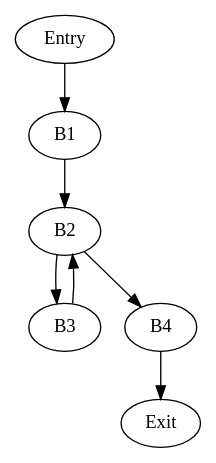
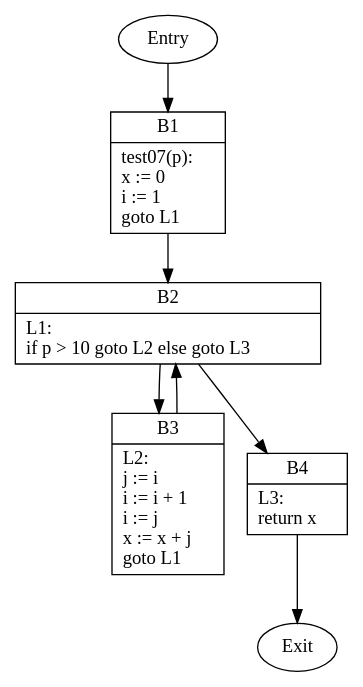
One commit to aprell/compiler-potpourri changed the diagram in control_flow/analysis/examples/test07_cfg.dot. Above: the diagram before and after it, drawn with Graphviz. The commit also changed 21 other files, not shown here.

```diff
--- a/control_flow/analysis/examples/test07_cfg.dot
+++ b/control_flow/analysis/examples/test07_cfg.dot
@@ -1,8 +1,12 @@
 digraph CFG {
+    B1 [shape=record label="{B1|test07(p):\lx := 0\li := 1\lgoto L1\l}"];
+    B2 [shape=record label="{B2|L1:\lif p \> 10 goto L2 else goto L3\l}"];
+    B3 [shape=record label="{B3|L2:\lj := i\li := i + 1\li := j\lx := x + j\lgoto L1\l}"];
+    B4 [shape=record label="{B4|L3:\lreturn x\l}"];
     Entry -> B1;
     B1 -> B2;
     B2 -> B3;
     B2 -> B4;
     B3 -> B2;
     B4 -> Exit;
 }
```
